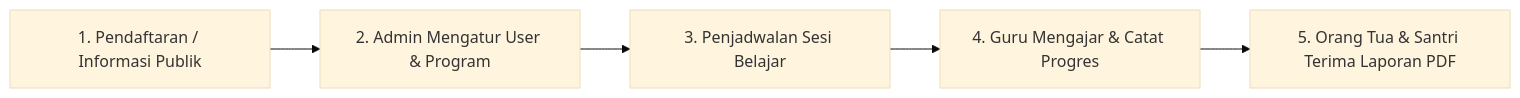
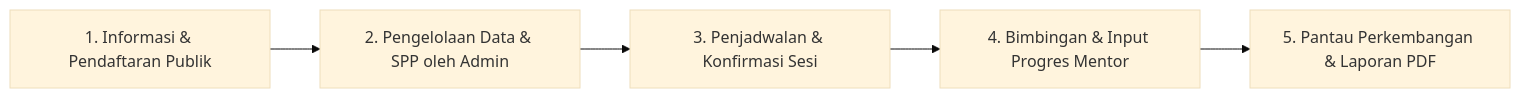
Before and after one commit to MasDan-stack/al-hikmah-lms: the diagram in tentang.md, drawn with Mermaid (base theme). The commit also changed other lines of this file, not shown here.

````diff
--- a/tentang.md
+++ b/tentang.md
@@ -39,7 +40,7 @@
 ```mermaid
 flowchart LR
-    A[1. Pendaftaran / Informasi Publik] --> B[2. Admin Mengatur User & Program]
-    B --> C[3. Penjadwalan Sesi Belajar]
-    C --> D[4. Guru Mengajar & Catat Progres]
-    D --> E[5. Orang Tua & Santri Terima Laporan PDF]
+    A[1. Informasi & Pendaftaran Publik] --> B[2. Pengelolaan Data & SPP oleh Admin]
+    B --> C[3. Penjadwalan & Konfirmasi Sesi]
+    C --> D[4. Bimbingan & Input Progres Mentor]
+    D --> E[5. Pantau Perkembangan & Laporan PDF]
 ```
````
